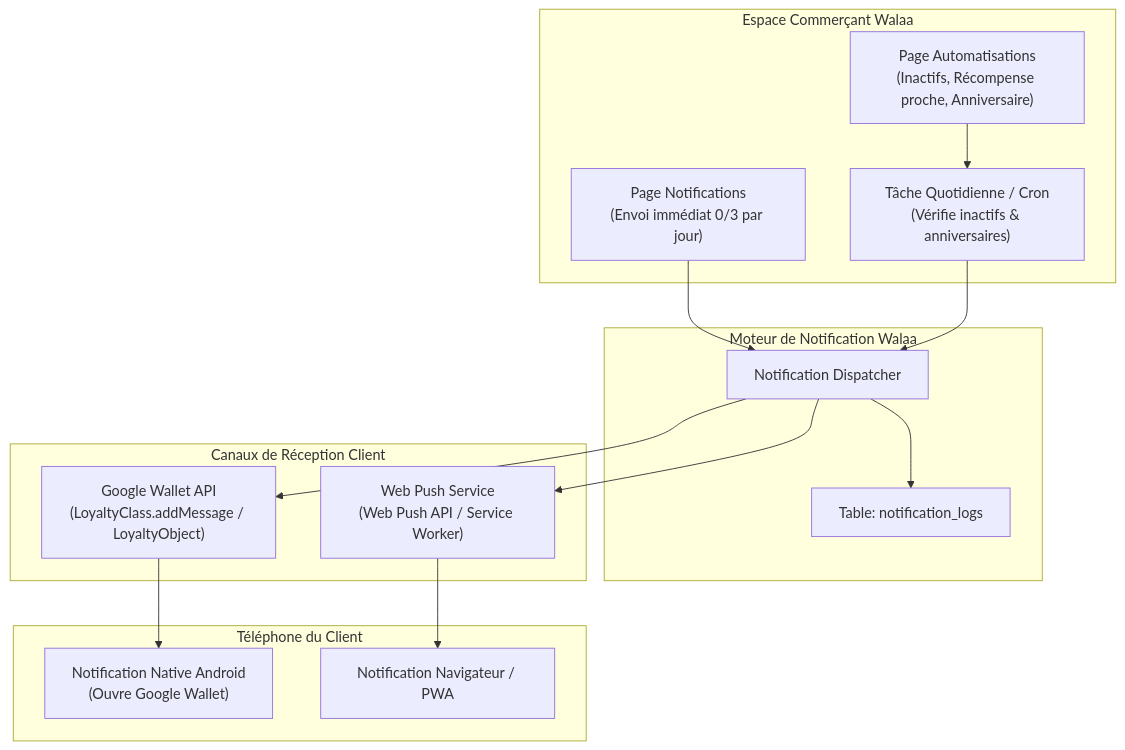
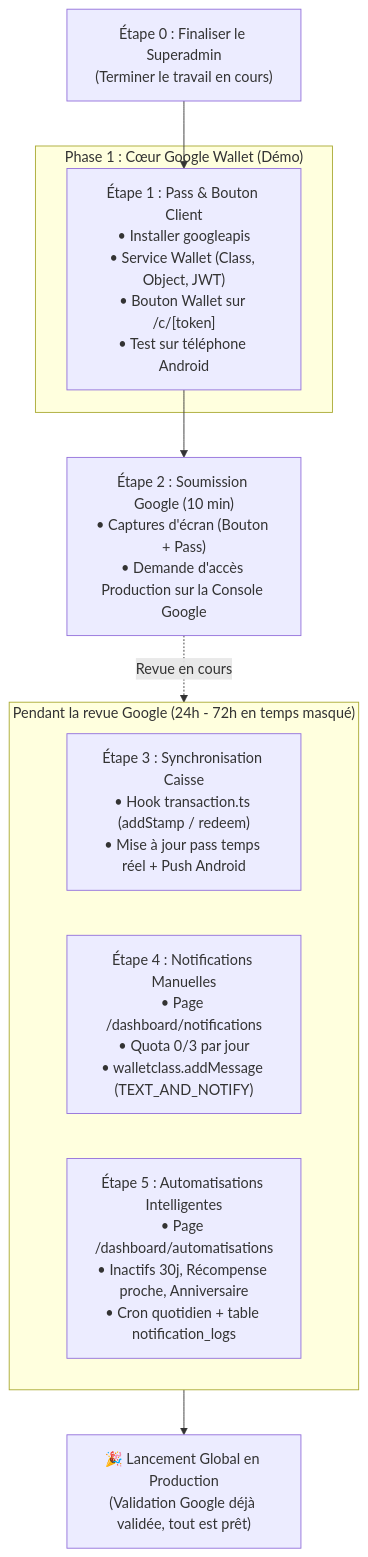
Before and after one commit to anis-arfaoui/hachiko: the diagram in loyalty-planning/wallet/google_wallet_plan.md, drawn with Mermaid. The commit also changed other lines of this file and 6 other files, not shown here.

````diff
--- a/loyalty-planning/wallet/google_wallet_plan.md
+++ b/loyalty-planning/wallet/google_wallet_plan.md
@@ -76,32 +31,19 @@
 ```mermaid
 flowchart TD
-    subgraph Commercant["Espace Commerçant Walaa"]
-        ManualUI["Page Notifications<br/>(Envoi immédiat 0/3 par jour)"]
-        AutoUI["Page Automatisations<br/>(Inactifs, Récompense proche, Anniversaire)"]
-        Cron["Tâche Quotidienne / Cron<br/>(Vérifie inactifs & anniversaires)"]
+    Step0["Étape 0 : Finaliser le Superadmin<br/>(Terminer le travail en cours)"] --> Step1
+
+    subgraph PhaseDemo["Phase 1 : Cœur Google Wallet (Démo)"]
+        Step1["Étape 1 : Pass & Bouton Client<br/>• Installer googleapis<br/>• Service Wallet (Class, Object, JWT)<br/>• Bouton Wallet sur /c/[token]<br/>• Test sur téléphone Android"]
     end
 
-    subgraph MoteurNotification["Moteur de Notification Walaa"]
-        DispatchService["Notification Dispatcher"]
-        AuditLog["Table: notification_logs"]
+    Step1 --> Step2["Étape 2 : Soumission Google (10 min)<br/>• Captures d'écran (Bouton + Pass)<br/>• Demande d'accès Production sur la Console Google"]
+
+    subgraph PhaseReview["Pendant la revue Google (24h - 72h en temps masqué)"]
+        Step3["Étape 3 : Synchronisation Caisse<br/>• Hook transaction.ts (addStamp / redeem)<br/>• Mise à jour pass temps réel + Push Android"]
+        Step4["Étape 4 : Notifications Manuelles<br/>• Page /dashboard/notifications<br/>• Quota 0/3 par jour<br/>• walletclass.addMessage (TEXT_AND_NOTIFY)"]
+        Step5["Étape 5 : Automatisations Intelligentes<br/>• Page /dashboard/automatisations<br/>• Inactifs 30j, Récompense proche, Anniversaire<br/>• Cron quotidien + table notification_logs"]
     end
 
-    subgraph CanauxDistribution["Canaux de Réception Client"]
-        GW["Google Wallet API<br/>(LoyaltyClass.addMessage / LoyaltyObject)"]
-        WP["Web Push Service<br/>(Web Push API / Service Worker)"]
-    end
-
-    subgraph AppareilClient["Téléphone du Client"]
-        AndroidNotif["Notification Native Android<br/>(Ouvre Google Wallet)"]
-        BrowserNotif["Notification Navigateur / PWA"]
-    end
-
-    ManualUI --> DispatchService
-    AutoUI --> Cron
-    Cron --> DispatchService
-    DispatchService --> AuditLog
-    DispatchService --> GW
-    DispatchService --> WP
-    GW --> AndroidNotif
-    WP --> BrowserNotif
+    Step2 -. Revue en cours .-> PhaseReview
+    PhaseReview --> Step6["🎉 Lancement Global en Production<br/>(Validation Google déjà validée, tout est prêt)"]
 ```
````
